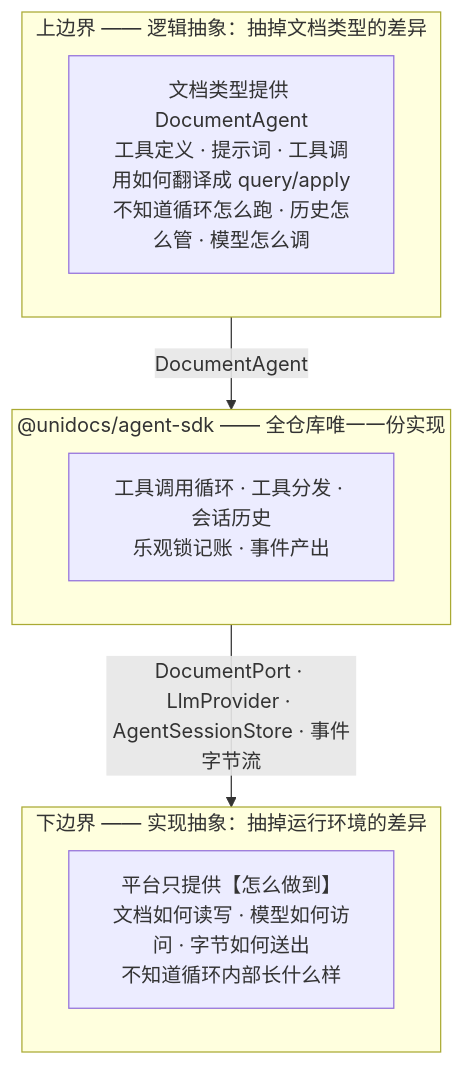
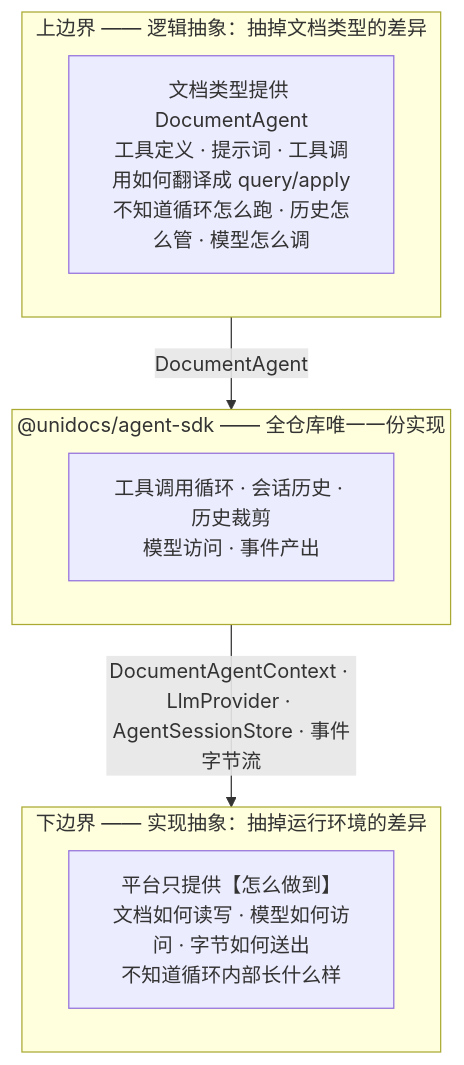
Before and after one commit to shazhou-ww/unidocs: the first of 14 diagrams in docs/superpowers/specs/2026-08-26-agent-sdk-design.md, drawn with Mermaid. The commit also changed other lines of this file, not shown here.

First line of the commit message:
docs(agent-sdk): 删掉乐观锁包装层,版本不归 agent 管

````diff
--- a/docs/superpowers/specs/2026-08-26-agent-sdk-design.md
+++ b/docs/superpowers/specs/2026-08-26-agent-sdk-design.md
@@ -15,17 +15,17 @@
 ```mermaid
 flowchart TB
     subgraph up["上边界 —— 逻辑抽象：抽掉文档类型的差异"]
         U["文档类型提供 DocumentAgent<br/>工具定义 · 提示词 · 工具调用如何翻译成 query/apply<br/>不知道循环怎么跑 · 历史怎么管 · 模型怎么调"]
     end
 
     subgraph core["@unidocs/agent-sdk —— 全仓库唯一一份实现"]
-        K["工具调用循环 · 工具分发 · 会话历史<br/>乐观锁记账 · 事件产出"]
+        K["工具调用循环 · 会话历史 · 历史裁剪<br/>模型访问 · 事件产出"]
     end
 
     subgraph down["下边界 —— 实现抽象：抽掉运行环境的差异"]
         D["平台只提供【怎么做到】<br/>文档如何读写 · 模型如何访问 · 字节如何送出<br/>不知道循环内部长什么样"]
     end
 
     up -->|"DocumentAgent"| core
-    core -->|"DocumentPort · LlmProvider · AgentSessionStore · 事件字节流"| down
+    core -->|"DocumentAgentContext · LlmProvider · AgentSessionStore · 事件字节流"| down
 ```
````
